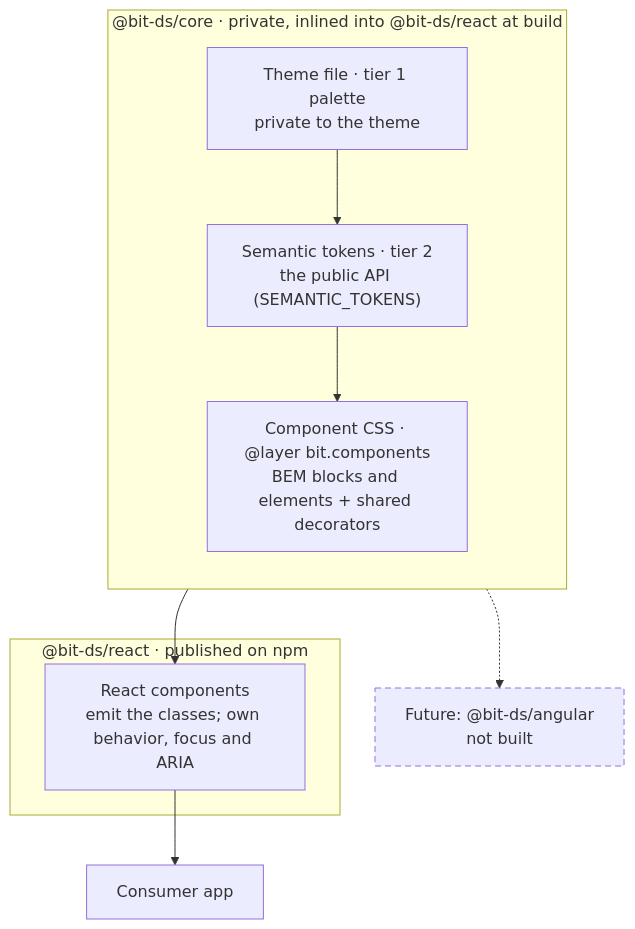
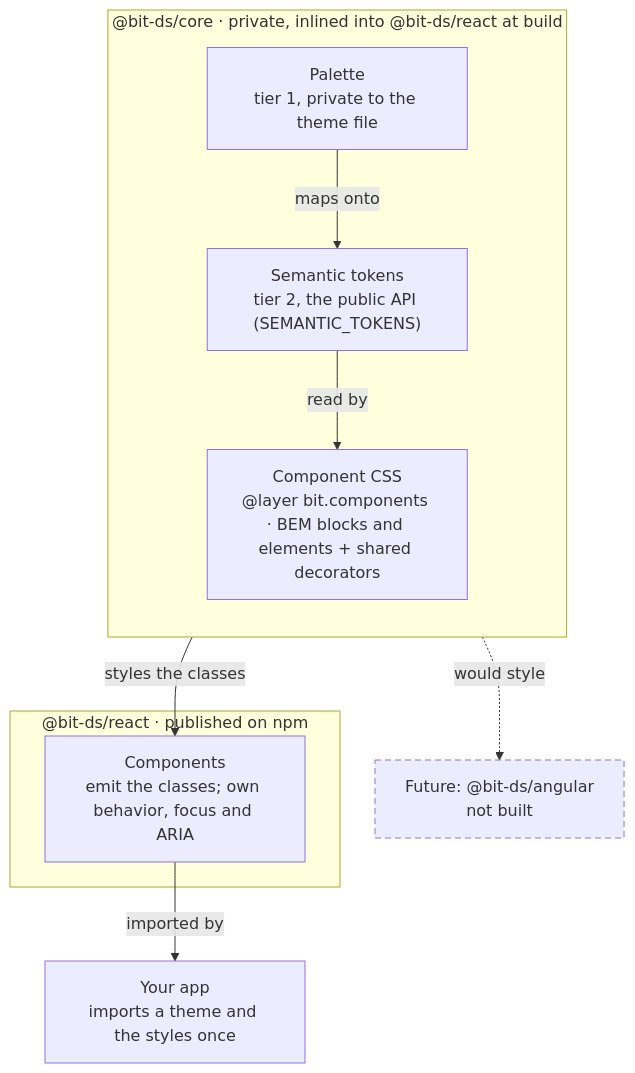
One commit to doosemavis/bit-design-system changed the first of 2 diagrams in ARCHITECTURE.md. Above: the diagram before and after it, drawn with Mermaid. The commit also changed other lines of this file, not shown here.

Commit message:
docs: ARCHITECTURE.md's layer diagram matches the gallery's model
The Mermaid nodes take the gallery's ids and level titles, and every edge
carries its verb (maps onto, read by, styles the classes, imported by, and
the dashed "would style" into the framework that isn't built). The page's
diagram is drawn from the same model, and a test fails if the two disagree.

````diff
--- a/ARCHITECTURE.md
+++ b/ARCHITECTURE.md
@@ -24,18 +24,20 @@
 ```mermaid
 flowchart TB
   subgraph core["@bit-ds/core · private, inlined into @bit-ds/react at build"]
     direction TB
-    theme["Theme file · tier 1 palette<br/>private to the theme"]
-    tokens["Semantic tokens · tier 2<br/>the public API (SEMANTIC_TOKENS)"]
-    css["Component CSS · @layer bit.components<br/>BEM blocks and elements + shared decorators"]
-    theme --> tokens --> css
+    theme["Palette<br/>tier 1, private to the theme file"]
+    tokens["Semantic tokens<br/>tier 2, the public API (SEMANTIC_TOKENS)"]
+    css["Component CSS<br/>@layer bit.components · BEM blocks and elements + shared decorators"]
+    theme -->|maps onto| tokens
+    tokens -->|read by| css
   end
   subgraph published["@bit-ds/react · published on npm"]
-    react["React components<br/>emit the classes; own behavior, focus and ARIA"]
+    components["Components<br/>emit the classes; own behavior, focus and ARIA"]
   end
   angular["Future: @bit-ds/angular<br/>not built"]:::future
-  css --> react
-  css -.-> angular
-  react --> app["Consumer app"]
+  app["Your app<br/>imports a theme and the styles once"]
+  css -->|styles the classes| components
+  css -.->|would style| angular
+  components -->|imported by| app
   classDef future stroke-dasharray: 6 4
 ```
````
